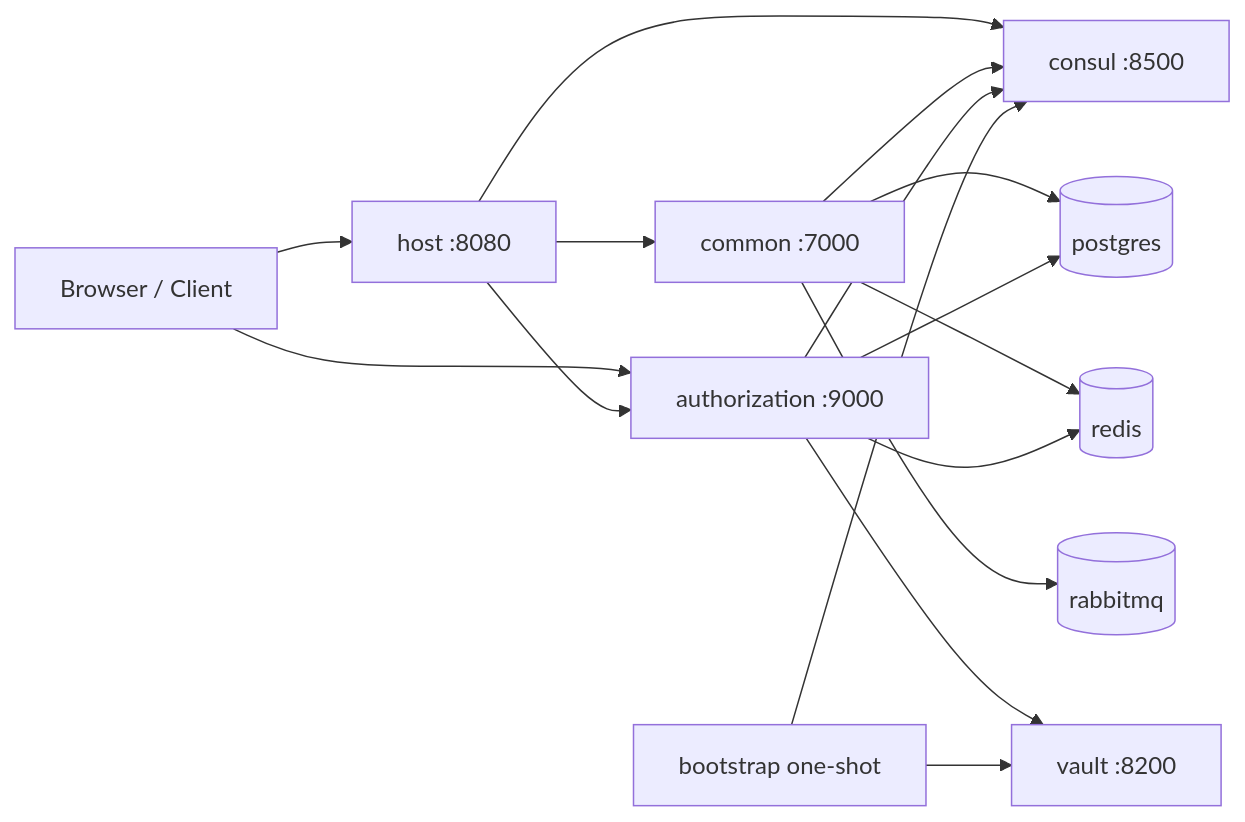
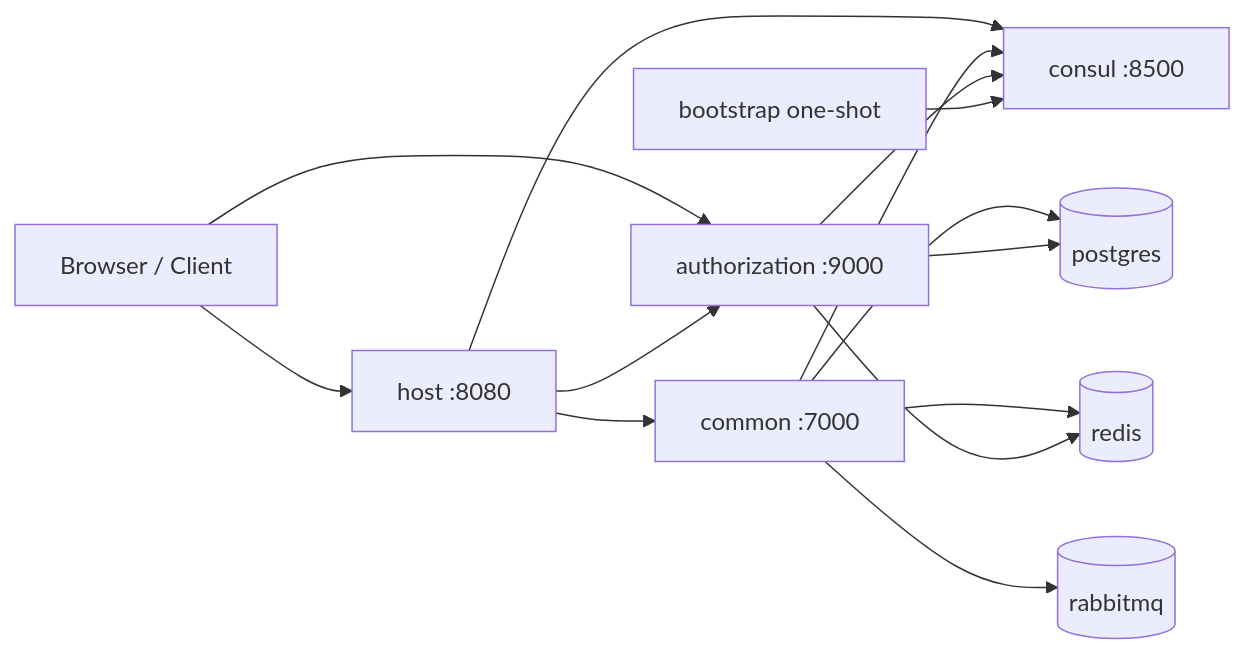
The diagram in doc/deployment/docker_swarm_deployment.md (simplepoint1024/open-simplepoint-dashboard), drawn with Mermaid before and after one commit. The commit also changed other lines of this file and 635 other files, not shown here.

````diff
--- a/doc/deployment/docker_swarm_deployment.md
+++ b/doc/deployment/docker_swarm_deployment.md
@@ -40,22 +39,20 @@
 ```mermaid
 flowchart LR
     User[Browser / Client] --> Host[host :8080]
     User --> Auth[authorization :9000]
 
     Host --> Consul[consul :8500]
     Host --> Common[common :7000]
     Host --> Auth
 
     Common --> Postgres[(postgres)]
     Common --> Redis[(redis)]
     Common --> RabbitMQ[(rabbitmq)]
     Common --> Consul
 
     Auth --> Postgres
     Auth --> Redis
-    Auth --> Vault[vault :8200]
     Auth --> Consul
 
     Bootstrap[bootstrap one-shot] --> Consul
-    Bootstrap --> Vault
 ```
````
